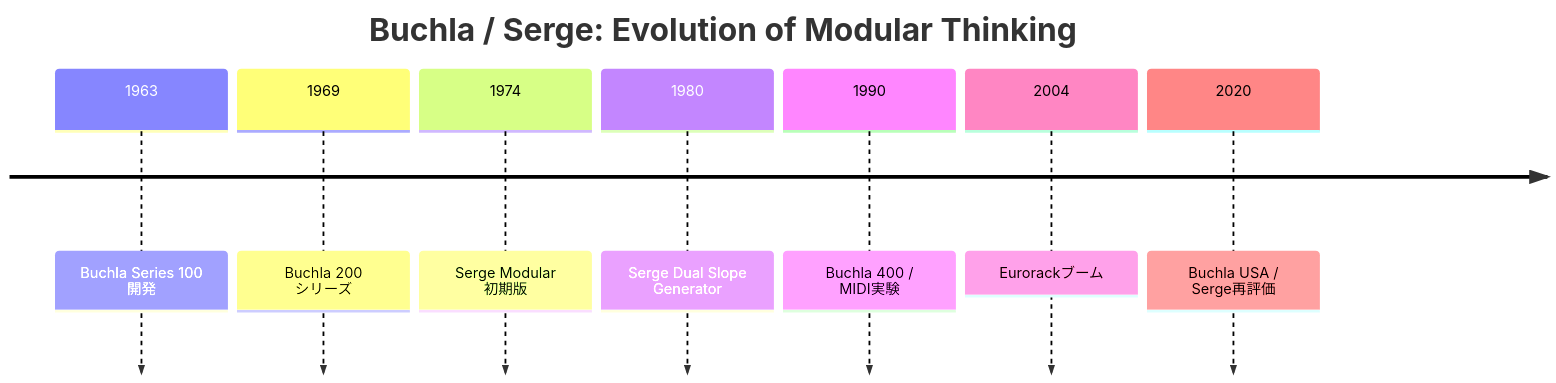
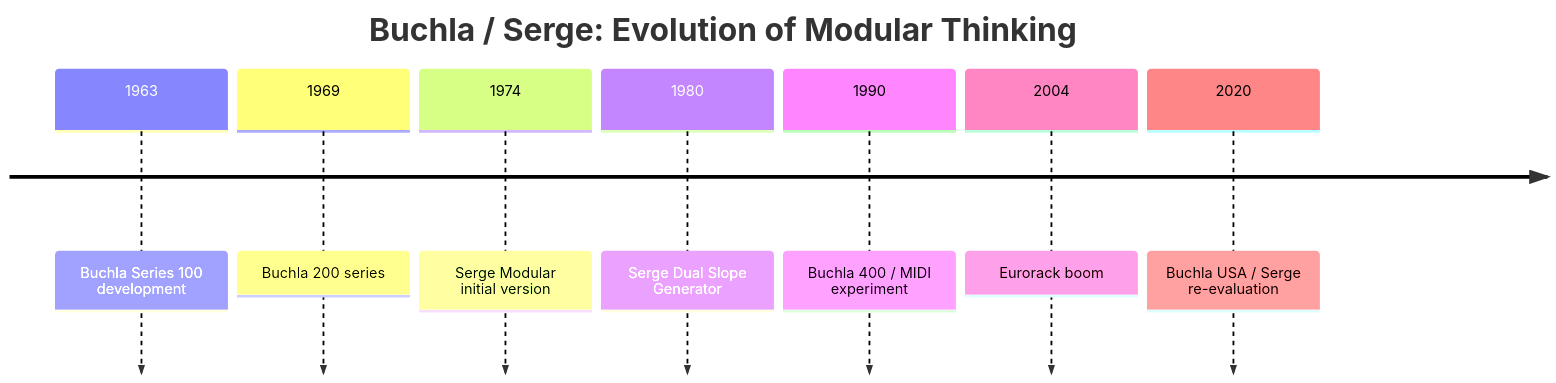
Before and after one commit to monumental-movement/monumental-movement.github.io: the second of 2 diagrams in en/_posts/2025-10-25-column-buchla-serge.md, drawn with Mermaid. The commit also changed other lines of this file and 1719 other files, not shown here.

```diff
--- a/en/_posts/2025-10-25-column-buchla-serge.md
+++ b/en/_posts/2025-10-25-column-buchla-serge.md
@@ -144,13 +147,13 @@
 <div class="mermaid">
 
 timeline
-  title Buchla / Serge: Evolution of Modular Thinking
-  1963 : Buchla Series 100 開発
-  1969 : Buchla 200 シリーズ
-  1974 : Serge Modular 初期版
-  1980 : Serge Dual Slope Generator
-  1990 : Buchla 400 / MIDI実験
-  2004 : Eurorackブーム
-  2020 : Buchla USA / Serge再評価
+title Buchla / Serge: Evolution of Modular Thinking
+1963 : Buchla Series 100 development
+1969 : Buchla 200 series
+1974 : Serge Modular initial version
+1980 : Serge Dual Slope Generator
+1990 : Buchla 400 / MIDI experiment
+2004 : Eurorack boom
+2020 : Buchla USA / Serge re-evaluation
 
 </div>
```
